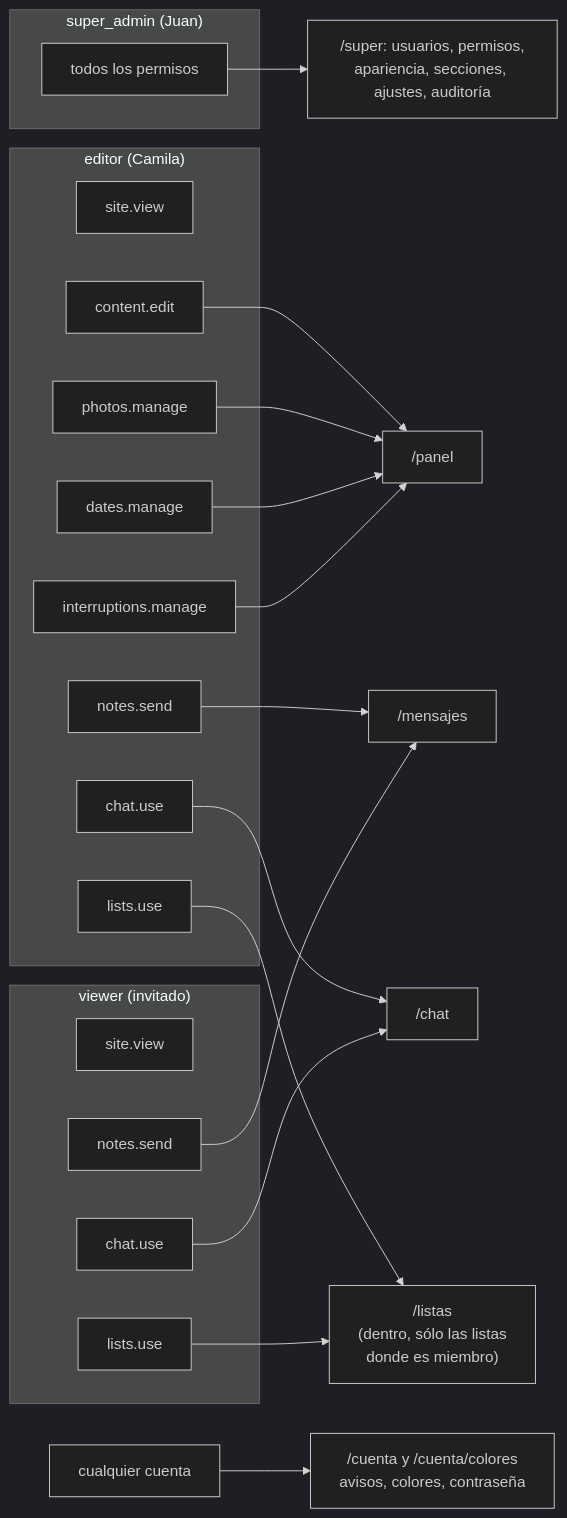
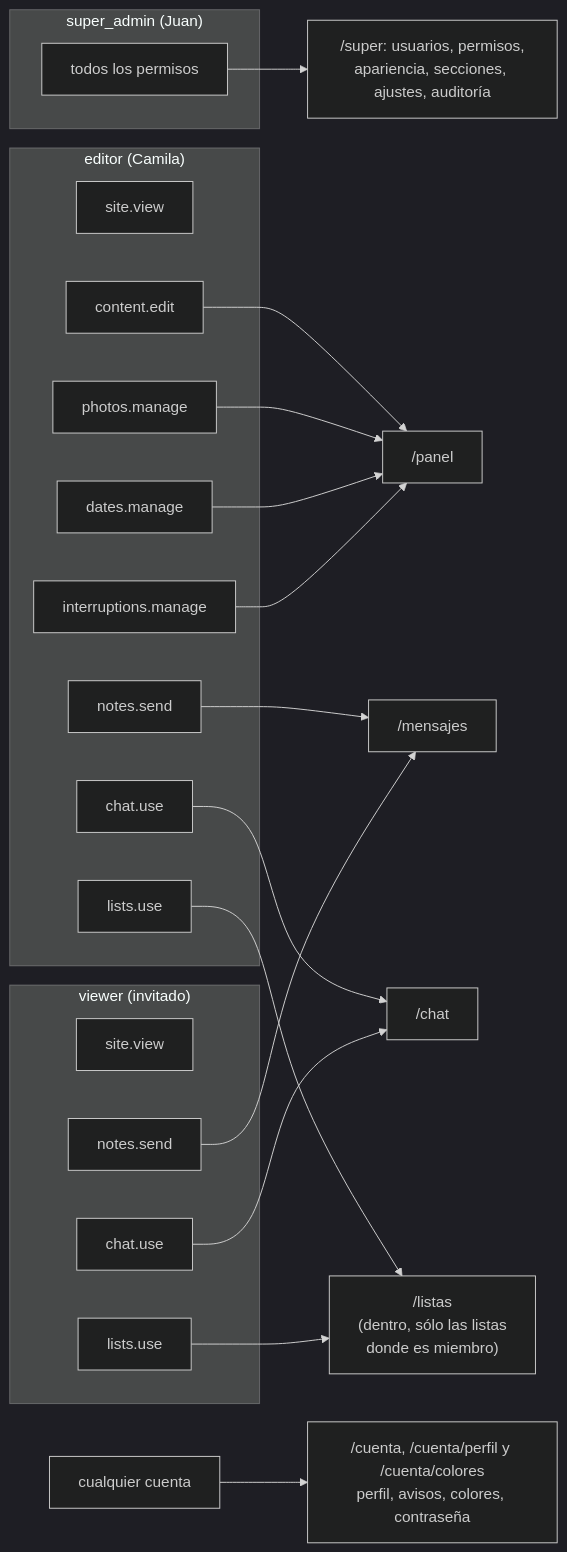
Diagram 24 of 24 in docs/DIAGRAMAS.md (Juan-Carlos-Estevez-Vargas/Camila-Sanchez), drawn with Mermaid (dark theme) before and after one commit. The commit also changed other lines of this file and 1 other file, not shown here.

First line of the commit message:
docs: diagramas y arquitectura del perfil y del arreglo responsive

````diff
--- a/docs/DIAGRAMAS.md
+++ b/docs/DIAGRAMAS.md
@@ -658,28 +702,28 @@
 ```mermaid
 flowchart LR
   subgraph super_admin["super_admin (Juan)"]
     ALL["todos los permisos"]
   end
   subgraph editor["editor (Camila)"]
     E1["site.view"]
     E2["content.edit"]
     E3["photos.manage"]
     E4["dates.manage"]
     E5["interruptions.manage"]
     E6["notes.send"]
     E7["chat.use"]
     E8["lists.use"]
   end
   subgraph viewer["viewer (invitado)"]
     V1["site.view"]
     V2["notes.send"]
     V3["chat.use"]
     V4["lists.use"]
   end
   ALL --> SUPER["/super: usuarios, permisos,<br/>apariencia, secciones, ajustes, auditoría"]
   E2 & E3 & E4 & E5 --> PANEL["/panel"]
   E6 & V2 --> MSG["/mensajes"]
   E7 & V3 --> CHAT["/chat"]
   E8 & V4 --> LISTAS["/listas<br/>(dentro, sólo las listas<br/>donde es miembro)"]
-  ANY["cualquier cuenta"] --> CUENTA["/cuenta y /cuenta/colores<br/>avisos, colores, contraseña"]
+  ANY["cualquier cuenta"] --> CUENTA["/cuenta, /cuenta/perfil y /cuenta/colores<br/>perfil, avisos, colores, contraseña"]
 ```
````
